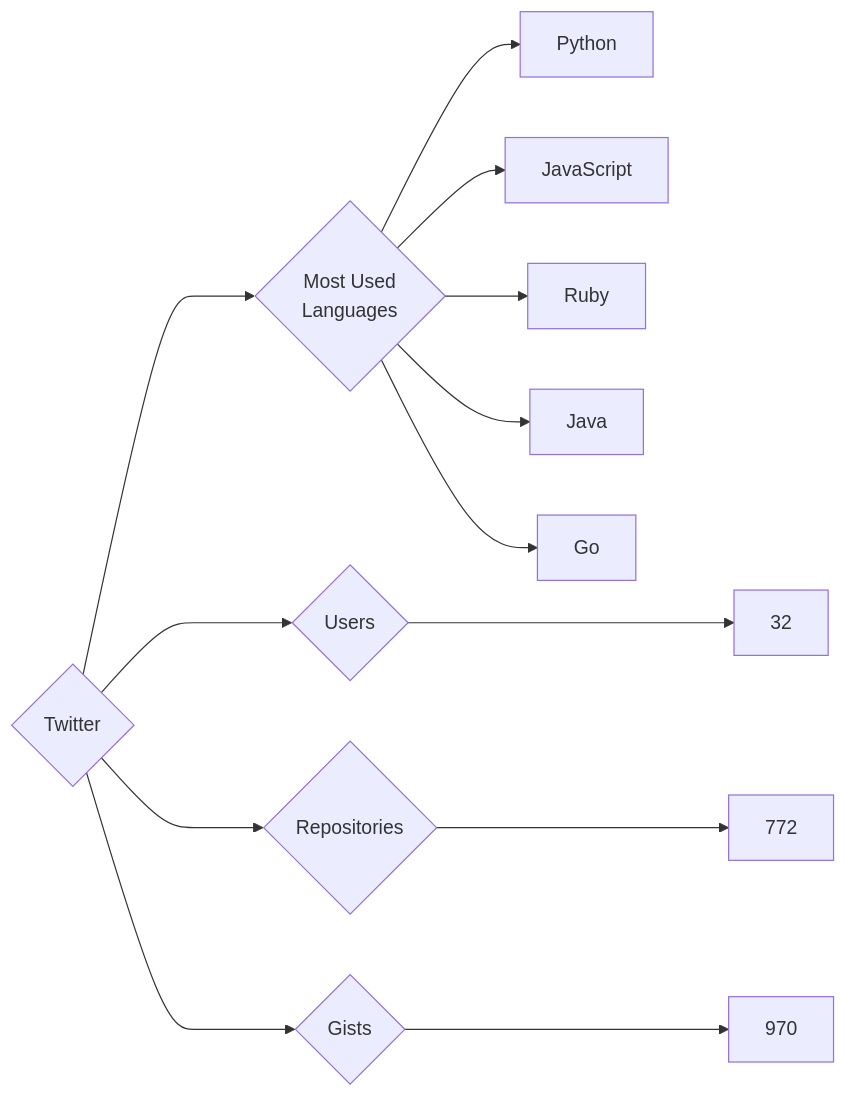
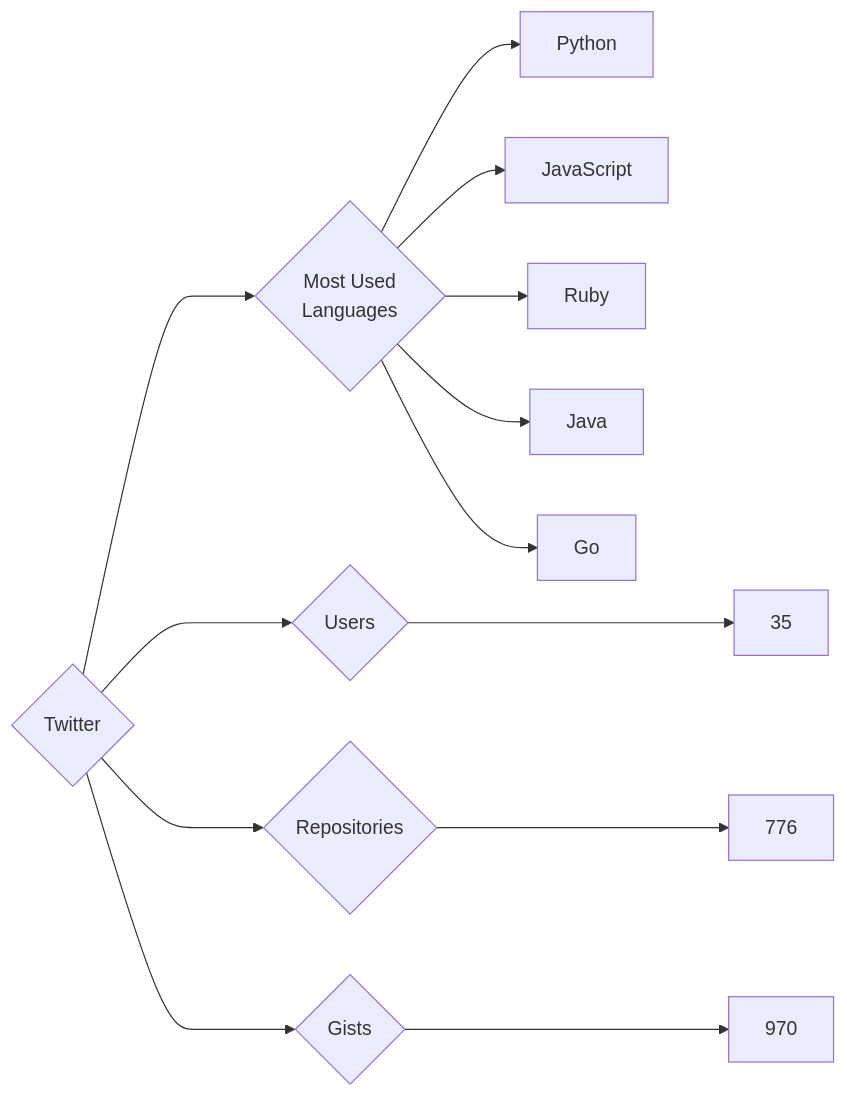
Before and after one commit to trickest/insiders: the diagram in targets/Twitter/README.md, drawn with Mermaid. The commit also changed 770 other files, not shown here.

````diff
--- a/targets/Twitter/README.md
+++ b/targets/Twitter/README.md
@@ -3,13 +3,13 @@
 ```mermaid
 graph LR
 COMPANY_NAME{Twitter}
-COMPANY_NAME ---> U{Users} ---> UN[32]
-COMPANY_NAME ---> R{Repositories} ---> RN[772]
+COMPANY_NAME ---> U{Users} ---> UN[35]
+COMPANY_NAME ---> R{Repositories} ---> RN[776]
 COMPANY_NAME ---> G{Gists} ---> GN[970]
 COMPANY_NAME ---> ML{Most Used<br>Languages}
 ML --> Python[Python]
 ML --> JavaScript[JavaScript]
 ML --> Ruby[Ruby]
 ML --> Java[Java]
 ML --> Go[Go]
 ```
````
